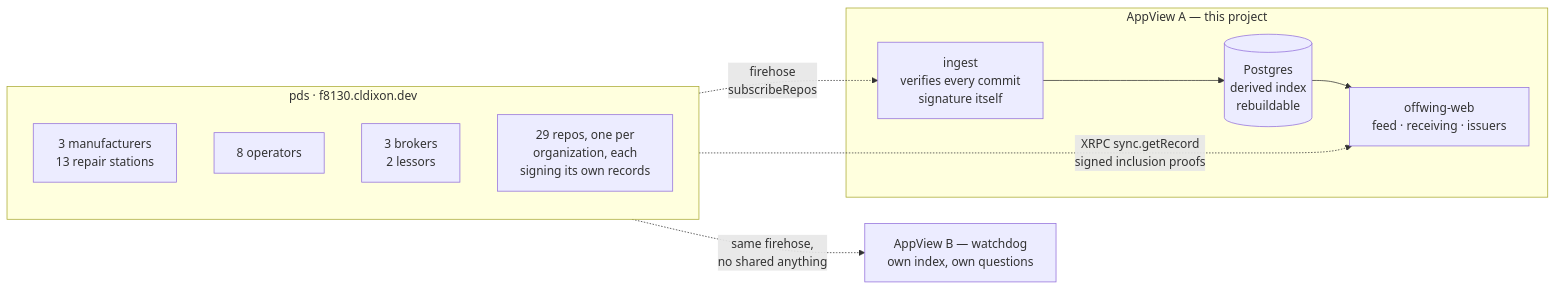
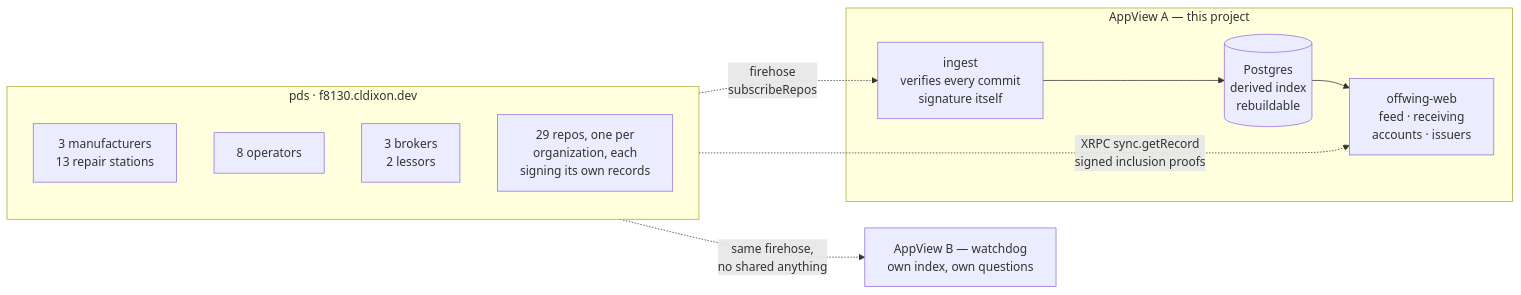
Before and after one commit to cldixon/f8130-tracker: the first of 3 diagrams in README.md, drawn with Mermaid. The commit also changed other lines of this file and 15 other files, not shown here.

````diff
--- a/README.md
+++ b/README.md
@@ -130,24 +130,24 @@
 ```mermaid
 flowchart LR
     subgraph pds["pds · f8130.cldixon.dev"]
         direction TB
         R1["3 manufacturers<br/>13 repair stations"]
         R2["8 operators"]
         R3["3 brokers<br/>2 lessors"]
         R4["29 repos, one per<br/>organization, each<br/>signing its own records"]
     end
 
     subgraph appview["AppView A — this project"]
         ING["ingest<br/>verifies every commit<br/>signature itself"]
         PG[("Postgres<br/>derived index<br/>rebuildable")]
-        WEB["offwing-web<br/>feed · receiving · issuers"]
+        WEB["offwing-web<br/>feed · receiving<br/>accounts · issuers"]
     end
 
     WD["AppView B — watchdog<br/>own index, own questions"]
 
     pds -. "firehose<br/>subscribeRepos" .-> ING
     ING --> PG
     PG --> WEB
     pds -. "XRPC sync.getRecord<br/>signed inclusion proofs" .-> WEB
     pds -. "same firehose,<br/>no shared anything" .-> WD
 ```
````
